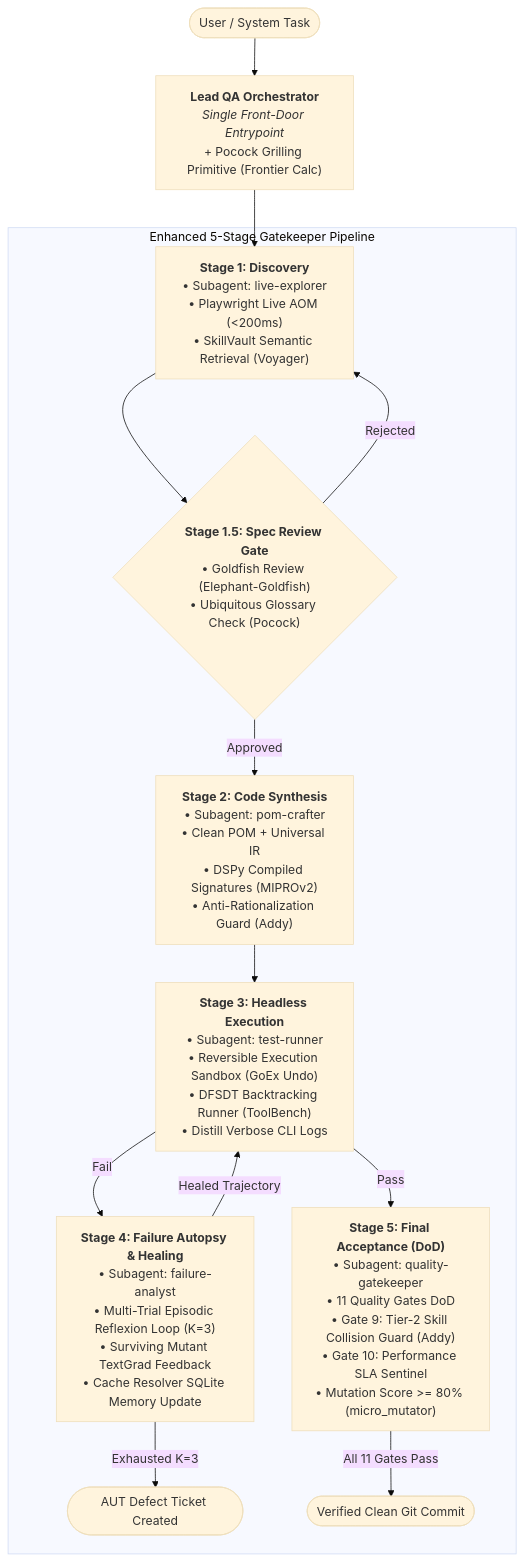
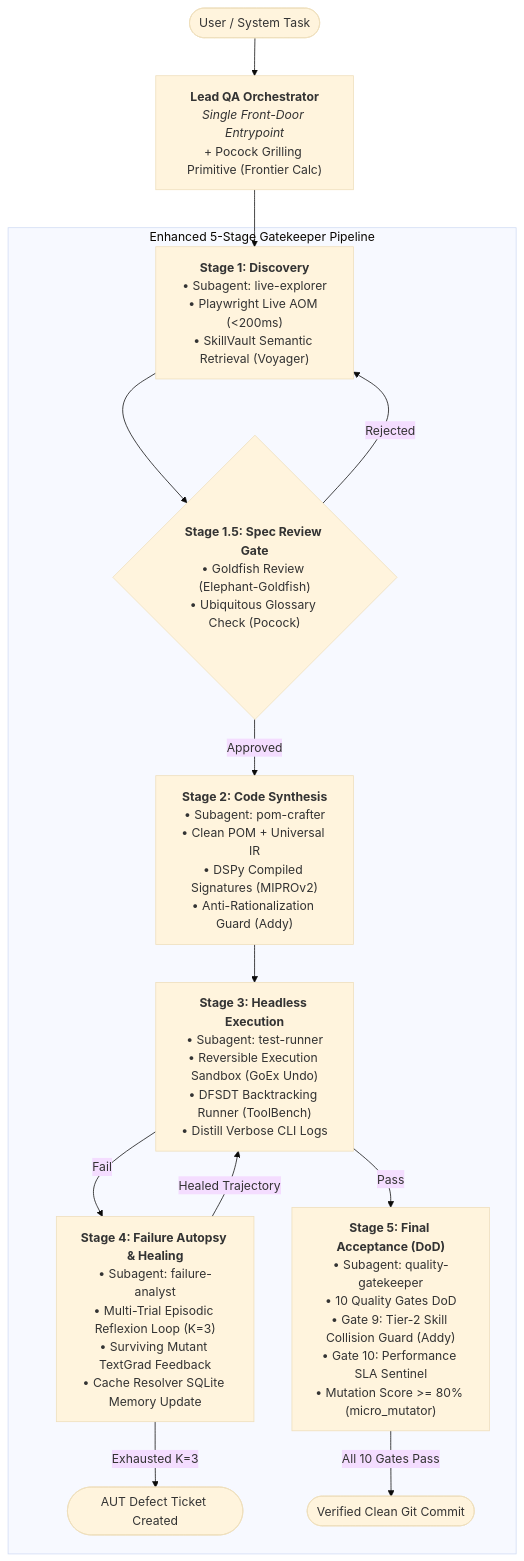
The first of 2 diagrams in docs/research/agent_skill_training_analysis.md (TeeVee98/Synapse-Hub), drawn with Mermaid (base theme) before and after one commit. The commit also changed other lines of this file and 96 other files, not shown here.

Commit message:
refactor(quality-gates): standardize to 10 DoD Quality Gates and pre-flight integrity guard v3.8.3

````diff
--- a/docs/research/agent_skill_training_analysis.md
+++ b/docs/research/agent_skill_training_analysis.md
@@ -979,30 +978,30 @@
 ```mermaid
 flowchart TD
     User([User / System Task]) --> Orchestrator["<b>Lead QA Orchestrator</b><br/><i>Single Front-Door Entrypoint</i><br/>+ Pocock Grilling Primitive (Frontier Calc)"]
     
     subgraph FSM["Enhanced 5-Stage Gatekeeper Pipeline"]
         Stage1["<b>Stage 1: Discovery</b><br/>• Subagent: live-explorer<br/>• Playwright Live AOM (<200ms)<br/>• SkillVault Semantic Retrieval (Voyager)"]
         
         Stage15{"<b>Stage 1.5: Spec Review Gate</b><br/>• Goldfish Review (Elephant-Goldfish)<br/>• Ubiquitous Glossary Check (Pocock)"}
         
         Stage2["<b>Stage 2: Code Synthesis</b><br/>• Subagent: pom-crafter<br/>• Clean POM + Universal IR<br/>• DSPy Compiled Signatures (MIPROv2)<br/>• Anti-Rationalization Guard (Addy)"]
         
         Stage3["<b>Stage 3: Headless Execution</b><br/>• Subagent: test-runner<br/>• Reversible Execution Sandbox (GoEx Undo)<br/>• DFSDT Backtracking Runner (ToolBench)<br/>• Distill Verbose CLI Logs"]
         
         Stage4["<b>Stage 4: Failure Autopsy & Healing</b><br/>• Subagent: failure-analyst<br/>• Multi-Trial Episodic Reflexion Loop (K=3)<br/>• Surviving Mutant TextGrad Feedback<br/>• Cache Resolver SQLite Memory Update"]
         
-        Stage5["<b>Stage 5: Final Acceptance (DoD)</b><br/>• Subagent: quality-gatekeeper<br/>• 11 Quality Gates DoD<br/>• Gate 9: Tier-2 Skill Collision Guard (Addy)<br/>• Gate 10: Performance SLA Sentinel<br/>• Mutation Score >= 80% (micro_mutator)"]
+        Stage5["<b>Stage 5: Final Acceptance (DoD)</b><br/>• Subagent: quality-gatekeeper<br/>• 10 Quality Gates DoD<br/>• Gate 9: Tier-2 Skill Collision Guard (Addy)<br/>• Gate 10: Performance SLA Sentinel<br/>• Mutation Score >= 80% (micro_mutator)"]
         
         Stage1 --> Stage15
         Stage15 -->|Approved| Stage2
         Stage15 -->|Rejected| Stage1
         Stage2 --> Stage3
         Stage3 -->|Pass| Stage5
         Stage3 -->|Fail| Stage4
         Stage4 -->|Healed Trajectory| Stage3
         Stage4 -->|Exhausted K=3| FailureReport([AUT Defect Ticket Created])
-        Stage5 -->|All 11 Gates Pass| VerifiedCommit([Verified Clean Git Commit])
+        Stage5 -->|All 10 Gates Pass| VerifiedCommit([Verified Clean Git Commit])
     end
 
     Orchestrator --> Stage1
 ```
````
